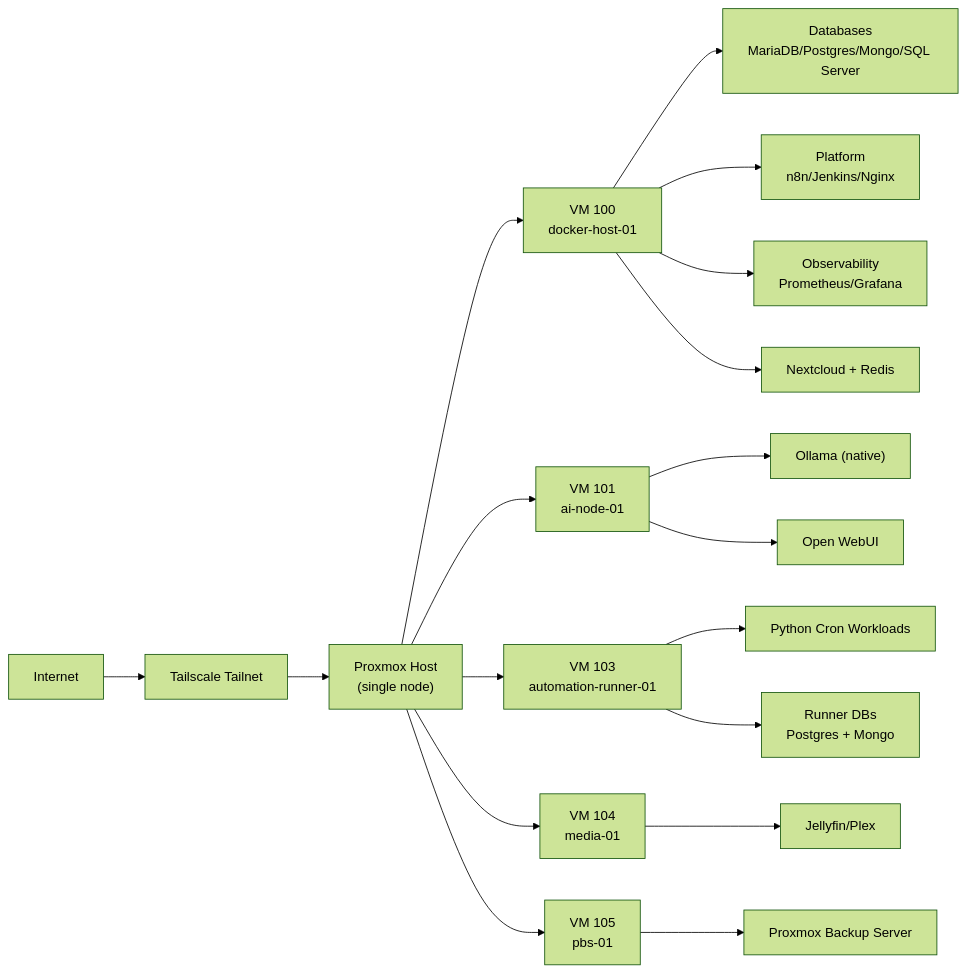
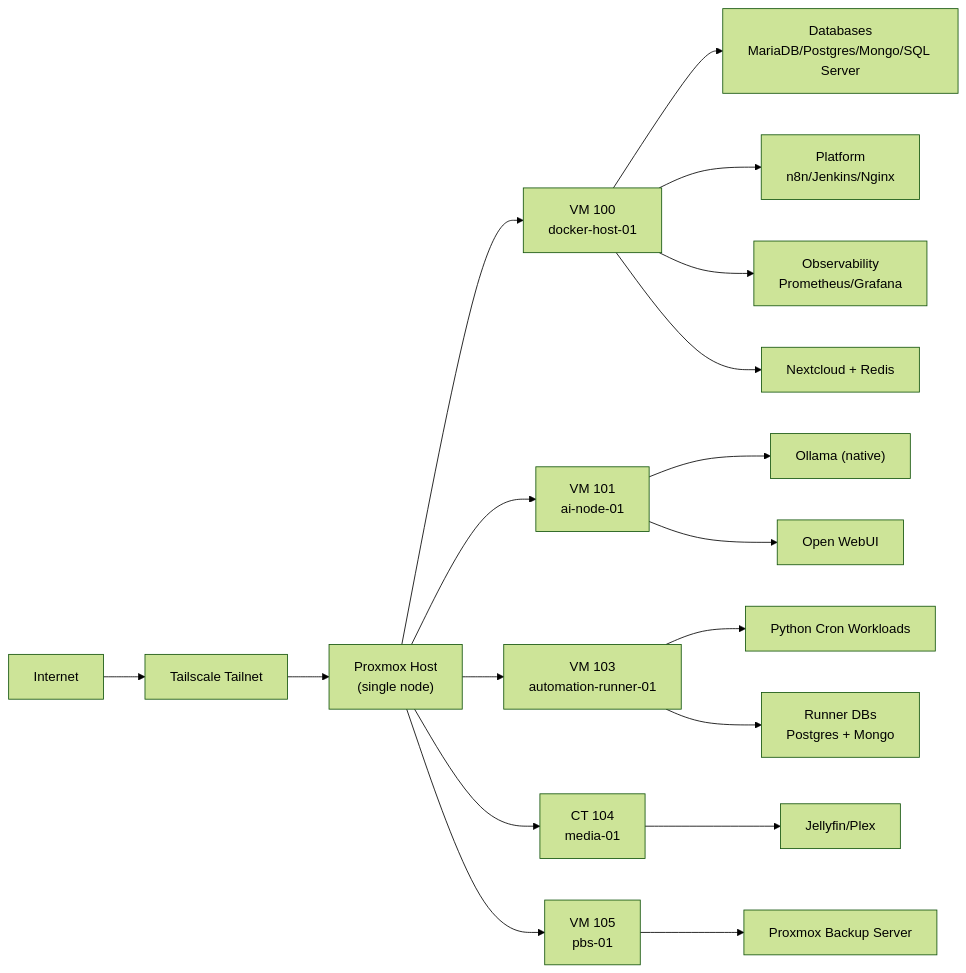
One commit to poovannanrajendran/Homeserver-as-Code changed the first of 4 diagrams in docs/diagrams.md. Above: the diagram before and after it, drawn with Mermaid (forest theme). The commit also changed 97 other files, not shown here.

````diff
--- a/docs/diagrams.md
+++ b/docs/diagrams.md
@@ -4,25 +4,25 @@
 ```mermaid
 flowchart LR
   Internet["Internet"] --> Tailnet["Tailscale Tailnet"]
   Tailnet --> PVE["Proxmox Host<br/>(single node)"]
 
   PVE --> VM100["VM 100<br/>docker-host-01"]
   PVE --> VM101["VM 101<br/>ai-node-01"]
   PVE --> VM103["VM 103<br/>automation-runner-01"]
-  PVE --> VM104["VM 104<br/>media-01"]
+  PVE --> CT104["CT 104<br/>media-01"]
   PVE --> VM105["VM 105<br/>pbs-01"]
 
   VM100 --> CDB["Databases<br/>MariaDB/Postgres/Mongo/SQL Server"]
   VM100 --> CPLAT["Platform<br/>n8n/Jenkins/Nginx"]
   VM100 --> COBS["Observability<br/>Prometheus/Grafana"]
   VM100 --> CNC["Nextcloud + Redis"]
 
   VM101 --> OLL["Ollama (native)"]
   VM101 --> WEBUI["Open WebUI"]
 
   VM103 --> RUNNER["Python Cron Workloads"]
   VM103 --> ARDB["Runner DBs<br/>Postgres + Mongo"]
 
-  VM104 --> JF["Jellyfin/Plex"]
+  CT104 --> JF["Jellyfin/Plex"]
   VM105 --> PBS["Proxmox Backup Server"]
 ```
````
